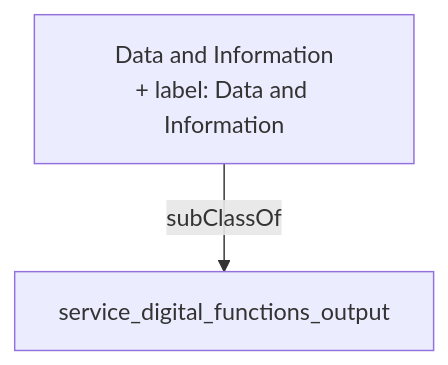
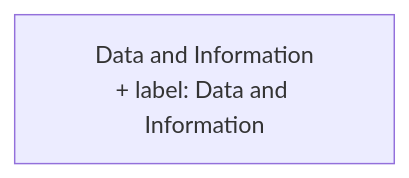
The diagram in content/policy on service and digital/data_information.md (heidingaway/heidi2), drawn with Mermaid before and after one commit. The commit also changed other lines of this file and 350 other files, not shown here.

````diff
--- a/content/policy on service and digital/data_information.md
+++ b/content/policy on service and digital/data_information.md
@@ -13,6 +16,4 @@
 ```mermaid
 graph TD
   Data_and_Information["Data and Information<br>+ label: Data and Information"]:::current-page-node
-  service_digital_functions_output["service_digital_functions_output"]
-  Data_and_Information-->|" subClassOf "|service_digital_functions_output
 ```
````
